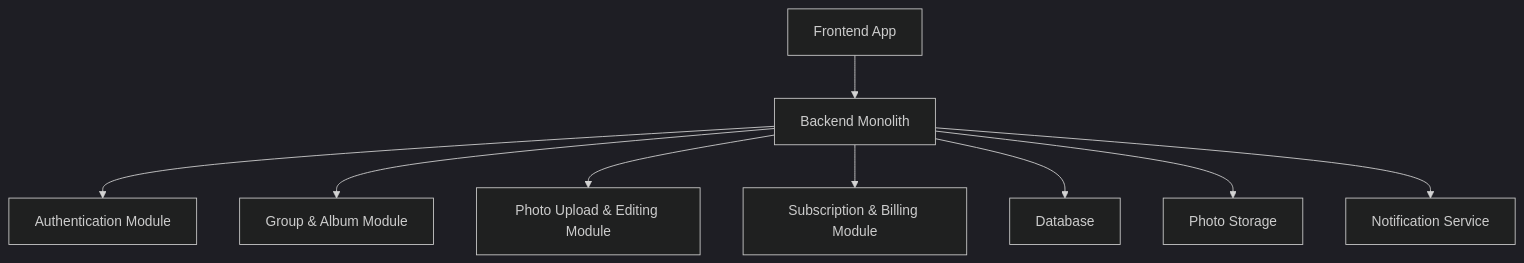
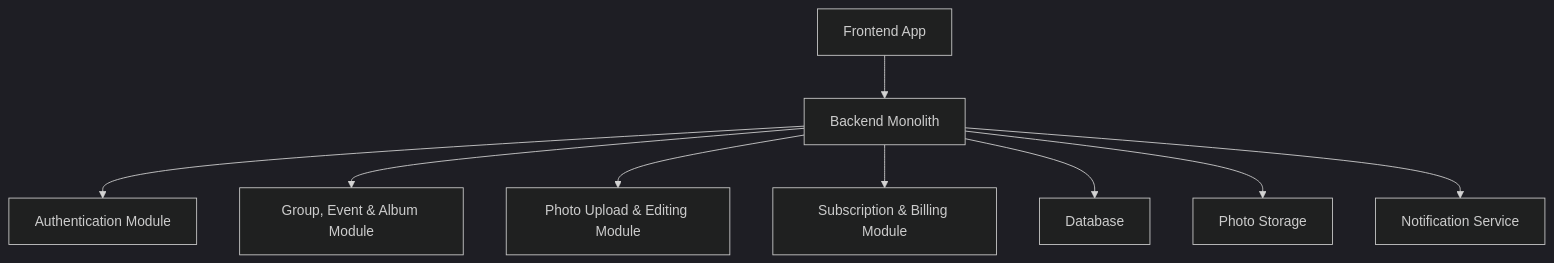
Before and after one commit to Aldore-88/holbertonschool-ai4devs: the diagram in architecture_blueprint_assistant/monolith_architecture.mmd, drawn with Mermaid (dark theme). The commit also changed 7 other files, not shown here.

```diff
--- a/architecture_blueprint_assistant/monolith_architecture.mmd
+++ b/architecture_blueprint_assistant/monolith_architecture.mmd
@@ -1,9 +1,9 @@
 graph TD
   A[Frontend App] --> B[Backend Monolith]
   B --> C[Authentication Module]
-  B --> D[Group & Album Module]
+  B --> D[Group, Event & Album Module]
   B --> E[Photo Upload & Editing Module]
   B --> F[Subscription & Billing Module]
   B --> G[Database]
   B --> H[Photo Storage]
   B --> I[Notification Service]
```
